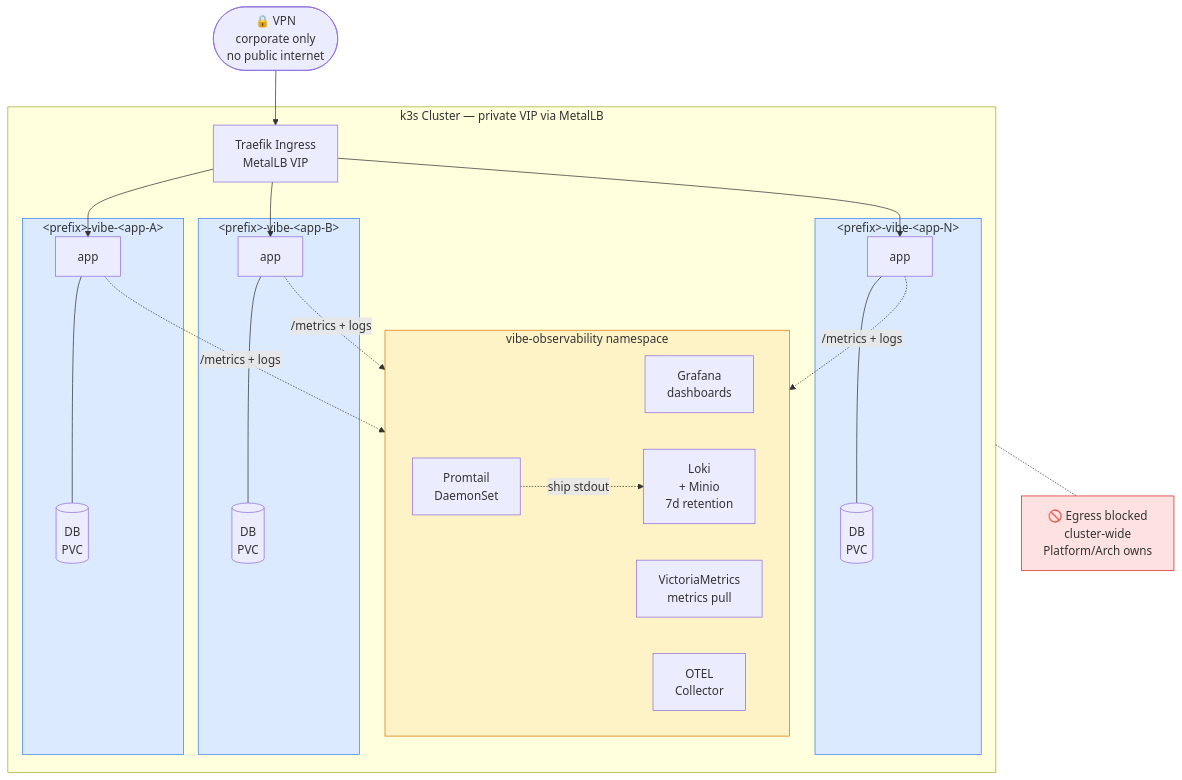
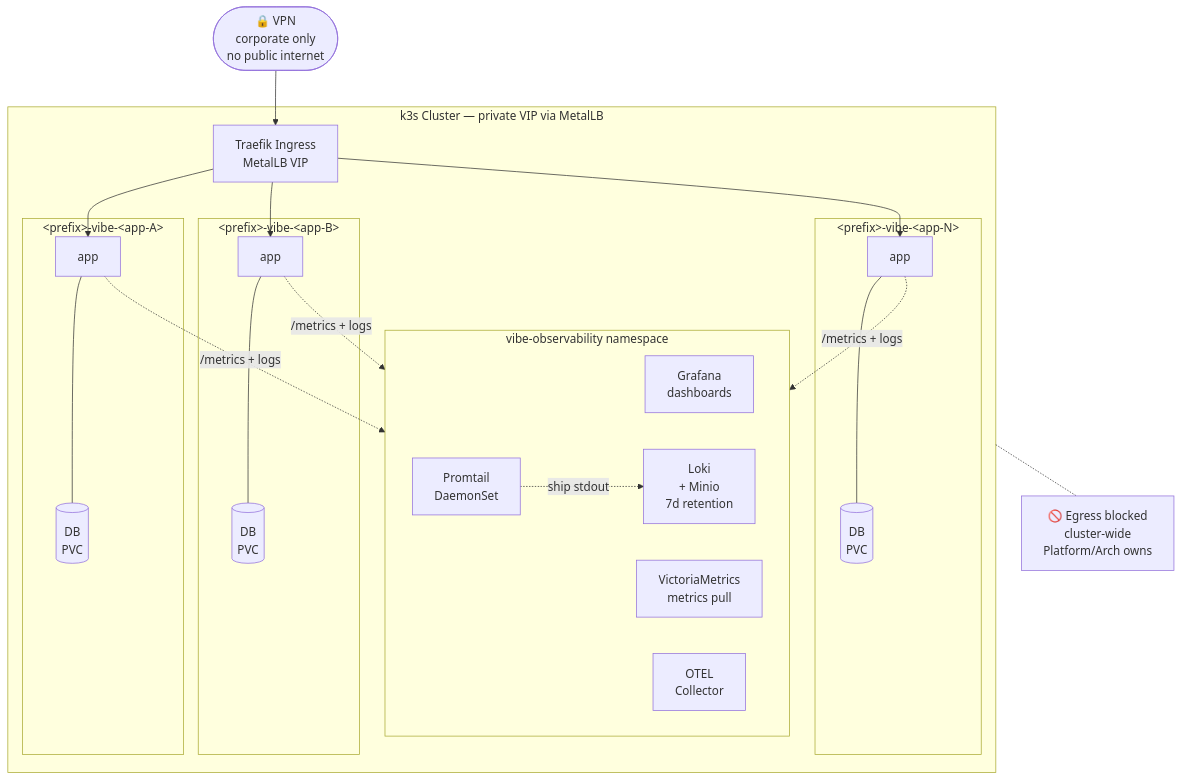
One commit to lorenzogirardi/website changed the first of 6 diagrams in content/posts/ai-agentic-development-changes-who-builds-software-and-thats-an-infrastructure-problem.md. Above: the diagram before and after it, drawn with Mermaid. The commit also changed other lines of this file, not shown here.

````diff
--- a/content/posts/ai-agentic-development-changes-who-builds-software-and-thats-an-infrastructure-problem.md
+++ b/content/posts/ai-agentic-development-changes-who-builds-software-and-thats-an-infrastructure-problem.md
@@ -101,52 +101,47 @@
 ```mermaid
 graph TB
     vpn(["🔒 VPN<br/>corporate only<br/>no public internet"])
 
     subgraph cluster["k3s Cluster — private VIP via MetalLB"]
         traefik["Traefik Ingress<br/>MetalLB VIP"]
 
         subgraph obs["vibe-observability namespace"]
             grafana["Grafana<br/>dashboards"]
             vm["VictoriaMetrics<br/>metrics pull"]
             loki["Loki<br/>+ Minio<br/>7d retention"]
             otel["OTEL<br/>Collector"]
             promtail["Promtail<br/>DaemonSet"]
         end
 
         subgraph nsA["&lt;prefix&gt;-vibe-&lt;app-A&gt;"]
             appA["app"]
             dbA[("DB<br/>PVC")]
             appA --- dbA
         end
 
         subgraph nsB["&lt;prefix&gt;-vibe-&lt;app-B&gt;"]
             appB["app"]
             dbB[("DB<br/>PVC")]
             appB --- dbB
         end
 
         subgraph nsN["&lt;prefix&gt;-vibe-&lt;app-N&gt;"]
             appN["app"]
             dbN[("DB<br/>PVC")]
             appN --- dbN
         end
     end
 
     egress["🚫 Egress blocked<br/>cluster-wide<br/>Platform/Arch owns"]
 
     vpn --> traefik
     traefik --> appA
     traefik --> appB
     traefik --> appN
     appA -.->|"/metrics + logs"| obs
     appB -.->|"/metrics + logs"| obs
     appN -.->|"/metrics + logs"| obs
     promtail -.->|"ship stdout"| loki
     cluster -.- egress
 
-    style obs fill:#fef3c7,stroke:#d97706
-    style nsA fill:#dbeafe,stroke:#3b82f6
-    style nsB fill:#dbeafe,stroke:#3b82f6
-    style nsN fill:#dbeafe,stroke:#3b82f6
-    style egress fill:#fee2e2,stroke:#dc2626
 ```
````
